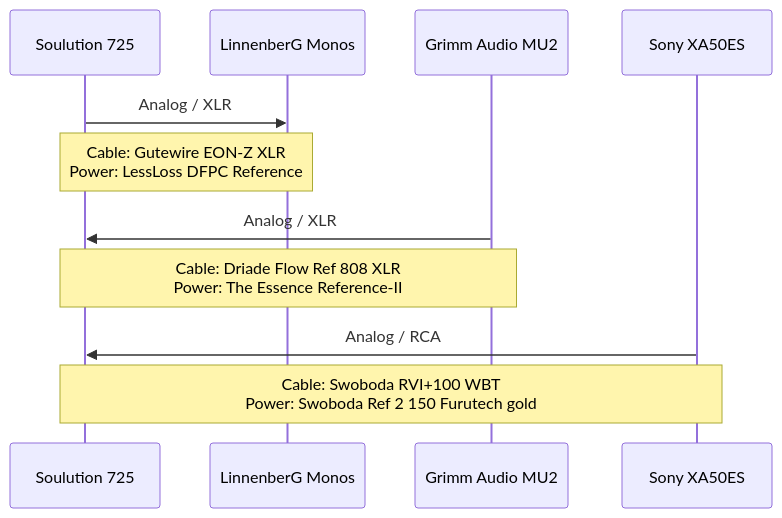
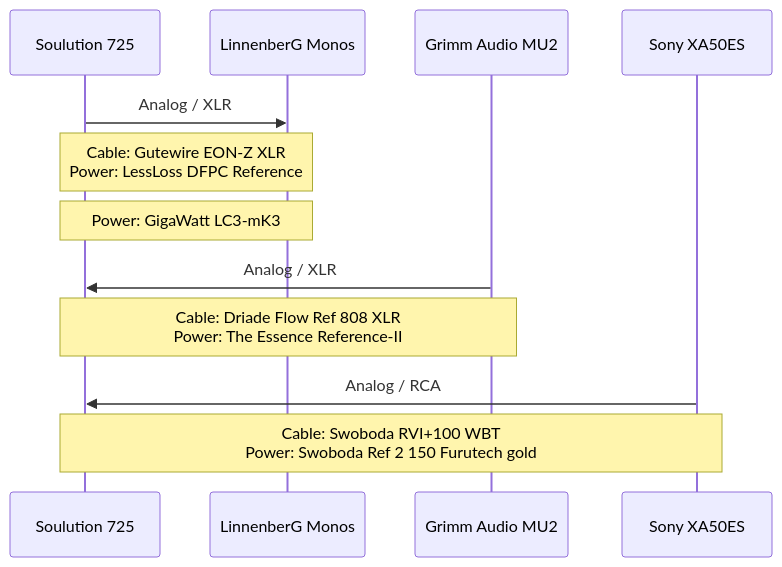
Before and after one commit to geraldfehringer/diretta: the third of 3 diagrams in gerihifi-setup.md, drawn with Mermaid.

````diff
--- a/gerihifi-setup.md
+++ b/gerihifi-setup.md
@@ -96,9 +96,10 @@
 ```mermaid
 sequenceDiagram
     Soulution 725->>LinnenberG Monos: Analog / XLR
     Note over Soulution 725,LinnenberG Monos: Cable: Gutewire EON-Z XLR<br> Power: LessLoss DFPC Reference
+    Note over LinnenberG Monos,Soulution 725: Power: GigaWatt LC3-mK3
     Grimm Audio MU2->>Soulution 725: Analog / XLR
     Note over Grimm Audio MU2,Soulution 725: Cable: Driade Flow Ref 808 XLR<br> Power: The Essence Reference-II
     Sony XA50ES->>Soulution 725: Analog / RCA
     Note over Soulution 725,Sony XA50ES: Cable: Swoboda RVI+100 WBT<br> Power: Swoboda Ref 2 150 Furutech gold
 ```
````
